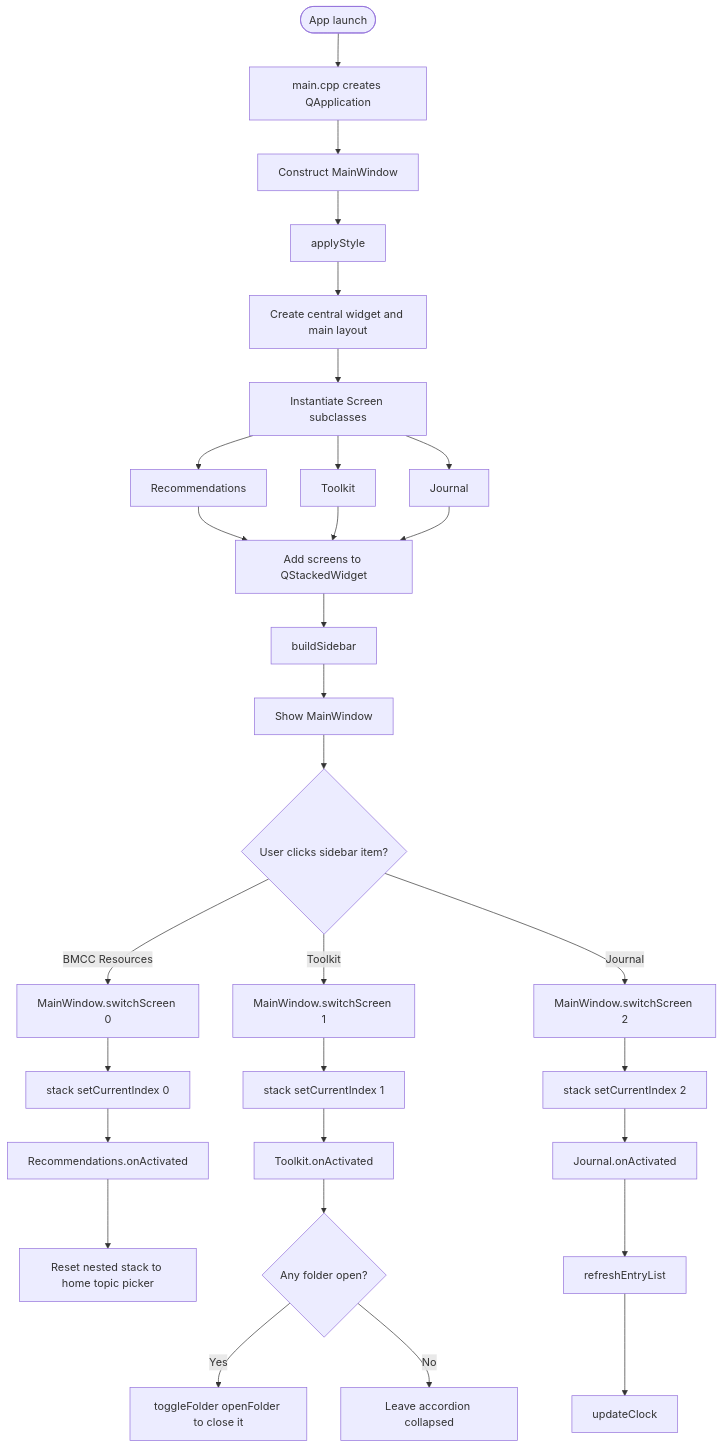
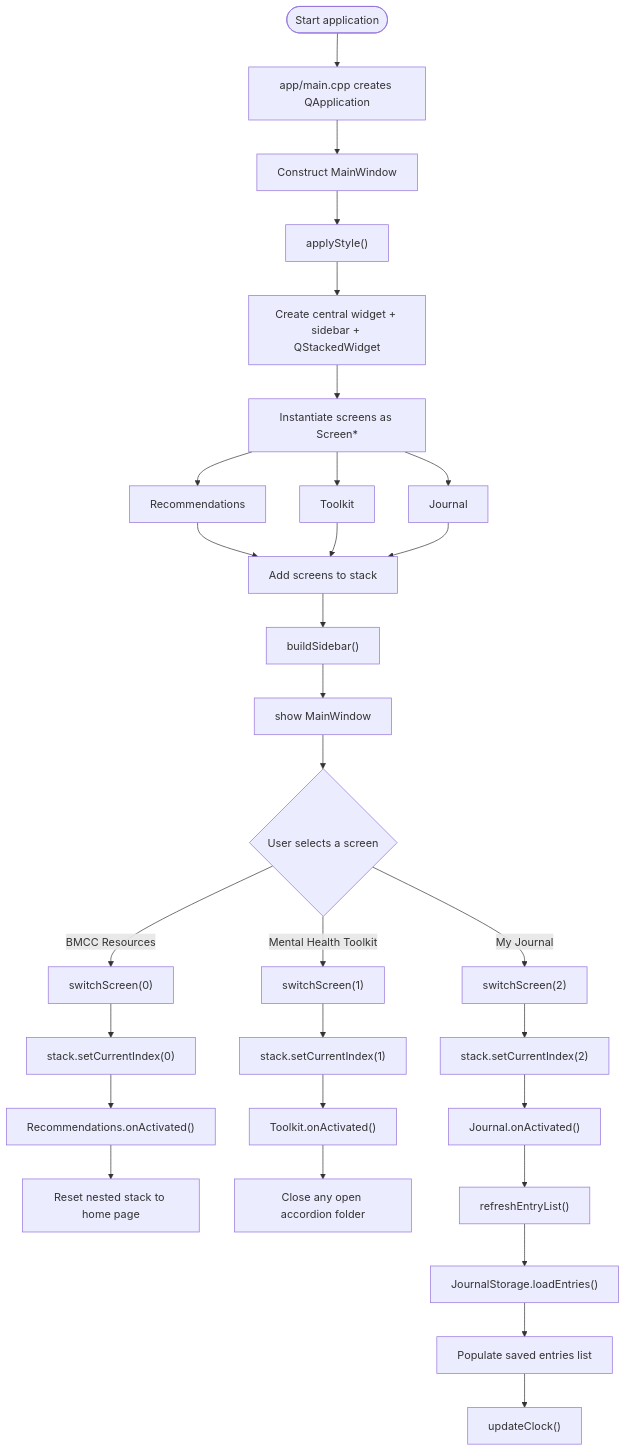
The second of 8 diagrams in ARCHITECTURE_DIAGRAMS.md (PhyoThihaOo32/MindEasePanther), drawn with Mermaid before and after one commit. The commit also changed other lines of this file and 76 other files, not shown here.

````diff
--- a/ARCHITECTURE_DIAGRAMS.md
+++ b/ARCHITECTURE_DIAGRAMS.md
@@ -7,35 +45,36 @@
 ```mermaid
 flowchart TD
-    A([App launch]) --> B[main.cpp creates QApplication]
-    B --> C[Construct MainWindow]
-    C --> D[applyStyle]
-    D --> E[Create central widget and main layout]
-    E --> F[Instantiate Screen subclasses]
-    F --> F1[Recommendations]
-    F --> F2[Toolkit]
-    F --> F3[Journal]
-    F1 --> G[Add screens to QStackedWidget]
+    A([Start application]) --> B["app/main.cpp creates QApplication"]
+    B --> C["Construct MainWindow"]
+    C --> D["applyStyle()"]
+    D --> E["Create central widget + sidebar + QStackedWidget"]
+    E --> F["Instantiate screens as Screen*"]
+    F --> F1["Recommendations"]
+    F --> F2["Toolkit"]
+    F --> F3["Journal"]
+    F1 --> G["Add screens to stack"]
     F2 --> G
     F3 --> G
-    G --> H[buildSidebar]
-    H --> I[Show MainWindow]
-    I --> J{User clicks sidebar item?}
-    J -->|BMCC Resources| K[MainWindow.switchScreen 0]
-    J -->|Toolkit| L[MainWindow.switchScreen 1]
-    J -->|Journal| M[MainWindow.switchScreen 2]
+    G --> H["buildSidebar()"]
+    H --> I["show MainWindow"]
+    I --> J{"User selects a screen"}
 
-    K --> K1[stack setCurrentIndex 0]
-    K1 --> K2[Recommendations.onActivated]
-    K2 --> K3[Reset nested stack to home topic picker]
+    J -->|BMCC Resources| K["switchScreen(0)"]
+    J -->|Mental Health Toolkit| L["switchScreen(1)"]
+    J -->|My Journal| M["switchScreen(2)"]
 
-    L --> L1[stack setCurrentIndex 1]
-    L1 --> L2[Toolkit.onActivated]
-    L2 --> L3{Any folder open?}
-    L3 -->|Yes| L4[toggleFolder openFolder to close it]
-    L3 -->|No| L5[Leave accordion collapsed]
+    K --> K1["stack.setCurrentIndex(0)"]
+    K1 --> K2["Recommendations.onActivated()"]
+    K2 --> K3["Reset nested stack to home page"]
 
-    M --> M1[stack setCurrentIndex 2]
-    M1 --> M2[Journal.onActivated]
-    M2 --> M3[refreshEntryList]
-    M3 --> M4[updateClock]
+    L --> L1["stack.setCurrentIndex(1)"]
+    L1 --> L2["Toolkit.onActivated()"]
+    L2 --> L3["Close any open accordion folder"]
+
+    M --> M1["stack.setCurrentIndex(2)"]
+    M1 --> M2["Journal.onActivated()"]
+    M2 --> M3["refreshEntryList()"]
+    M3 --> M4["JournalStorage.loadEntries()"]
+    M4 --> M5["Populate saved entries list"]
+    M5 --> M6["updateClock()"]
 ```
````
